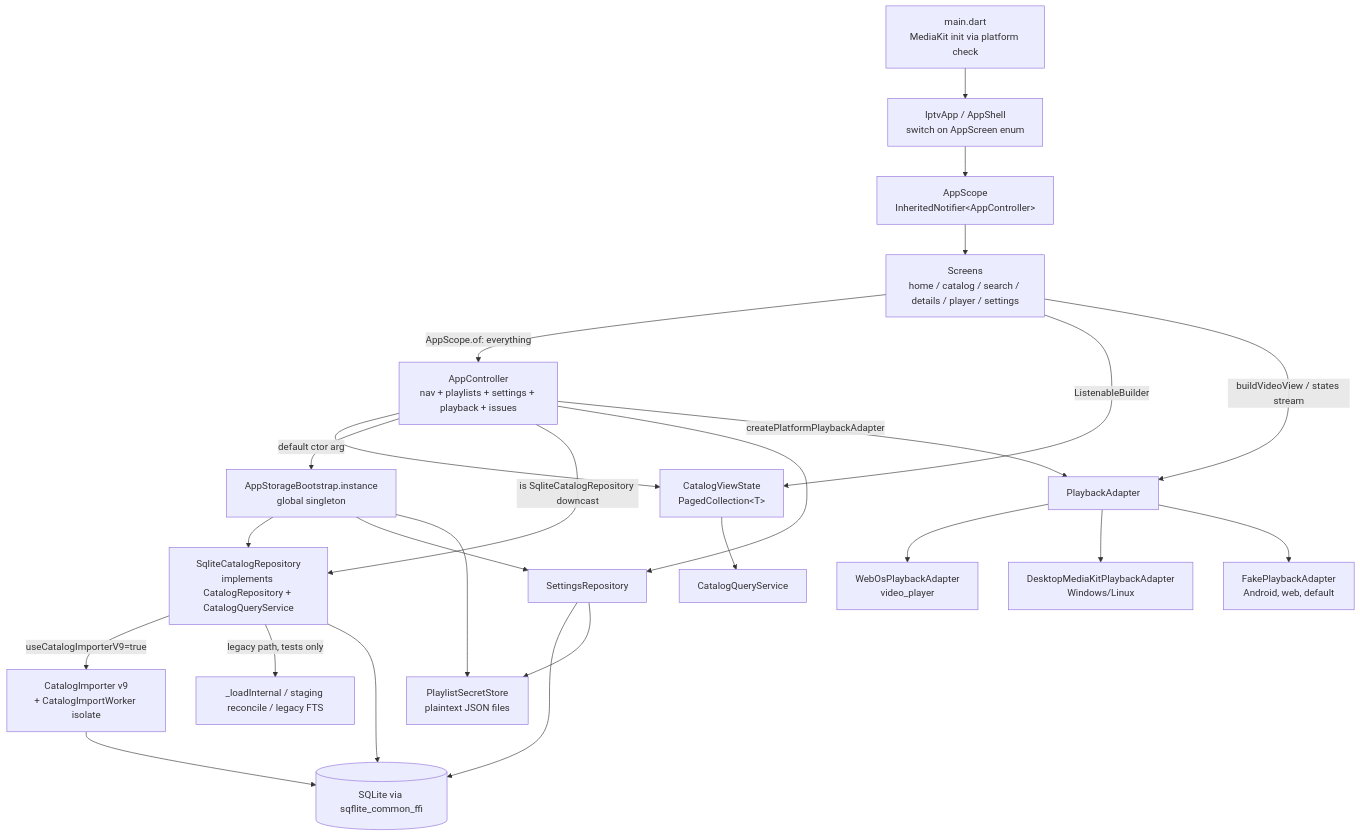
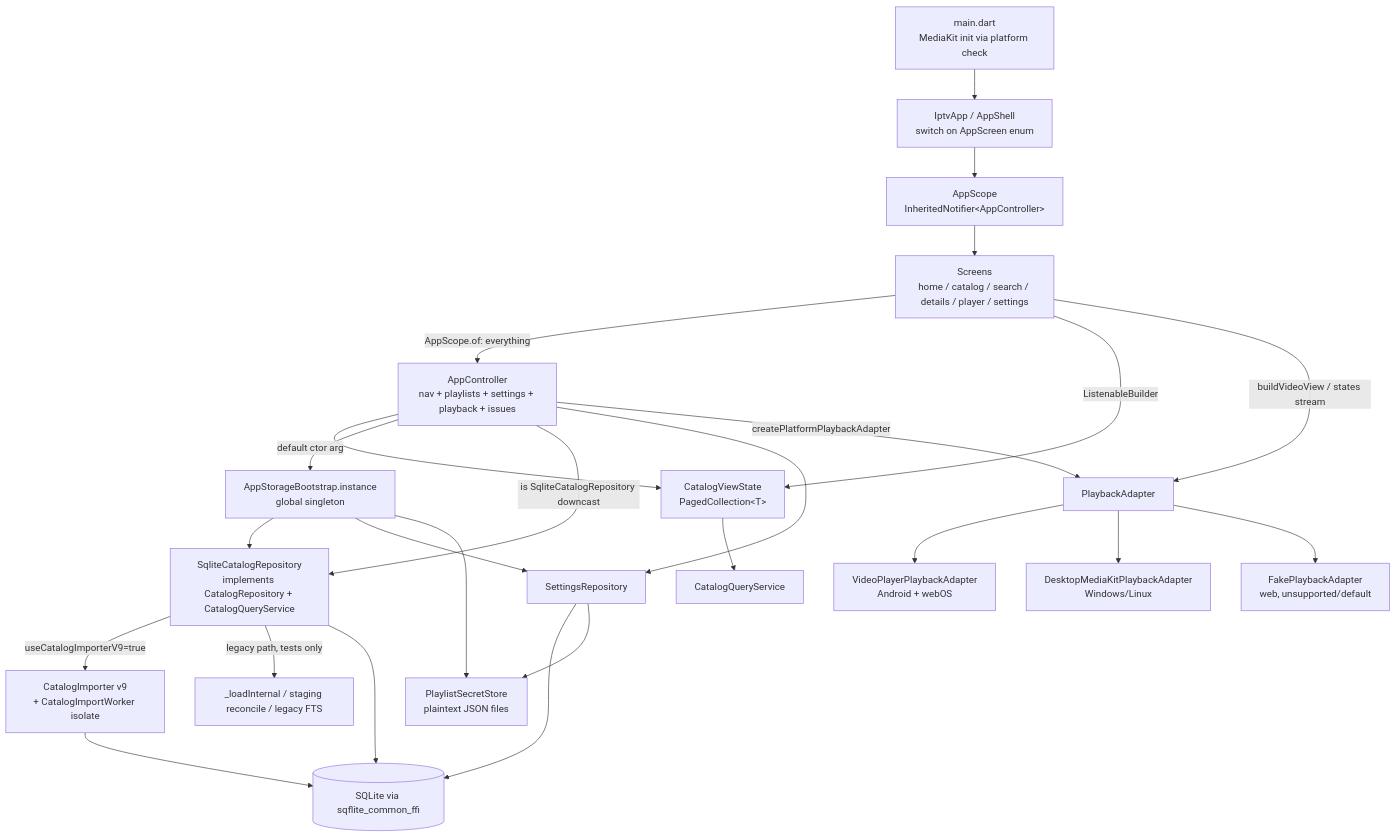
The diagram in docs/architecture-code-improvements.md (mattiasvartiainen/iptv-flutter), drawn with Mermaid before and after one commit. The commit also changed other lines of this file and 6 other files, not shown here.

Commit message:
Real playback on Android

````diff
--- a/docs/architecture-code-improvements.md
+++ b/docs/architecture-code-improvements.md
@@ -109,27 +109,27 @@
 ```mermaid
 flowchart TD
     main[main.dart<br/>MediaKit init via platform check] --> app[IptvApp / AppShell<br/>switch on AppScreen enum]
     app --> scope[AppScope<br/>InheritedNotifier&lt;AppController&gt;]
     scope --> screens[Screens<br/>home / catalog / search / details / player / settings]
     screens -->|AppScope.of: everything| ctrl[AppController<br/>nav + playlists + settings + playback + issues]
     screens -->|ListenableBuilder| cvs[CatalogViewState<br/>PagedCollection&lt;T&gt;]
     screens -->|buildVideoView / states stream| pa[PlaybackAdapter]
     ctrl --> cvs
     ctrl -->|default ctor arg| boot[AppStorageBootstrap.instance<br/>global singleton]
     ctrl -->|is SqliteCatalogRepository downcast| repo
     ctrl --> settings[SettingsRepository]
     ctrl -->|createPlatformPlaybackAdapter| pa
     cvs --> qs[CatalogQueryService]
     boot --> repo[SqliteCatalogRepository<br/>implements CatalogRepository + CatalogQueryService]
     boot --> settings
     boot --> secrets[PlaylistSecretStore<br/>plaintext JSON files]
     repo -->|useCatalogImporterV9=true| importer[CatalogImporter v9<br/>+ CatalogImportWorker isolate]
     repo -->|legacy path, tests only| legacy[_loadInternal / staging reconcile / legacy FTS]
     repo --> db[(SQLite via sqflite_common_ffi)]
     importer --> db
     settings --> db
     settings --> secrets
-    pa --> wos[WebOsPlaybackAdapter<br/>video_player]
+    pa --> vp[VideoPlayerPlaybackAdapter<br/>Android + webOS]
     pa --> mk[DesktopMediaKitPlaybackAdapter<br/>Windows/Linux]
-    pa --> fake[FakePlaybackAdapter<br/>Android, web, default]
+    pa --> fake[FakePlaybackAdapter<br/>web, unsupported/default]
 ```
````
